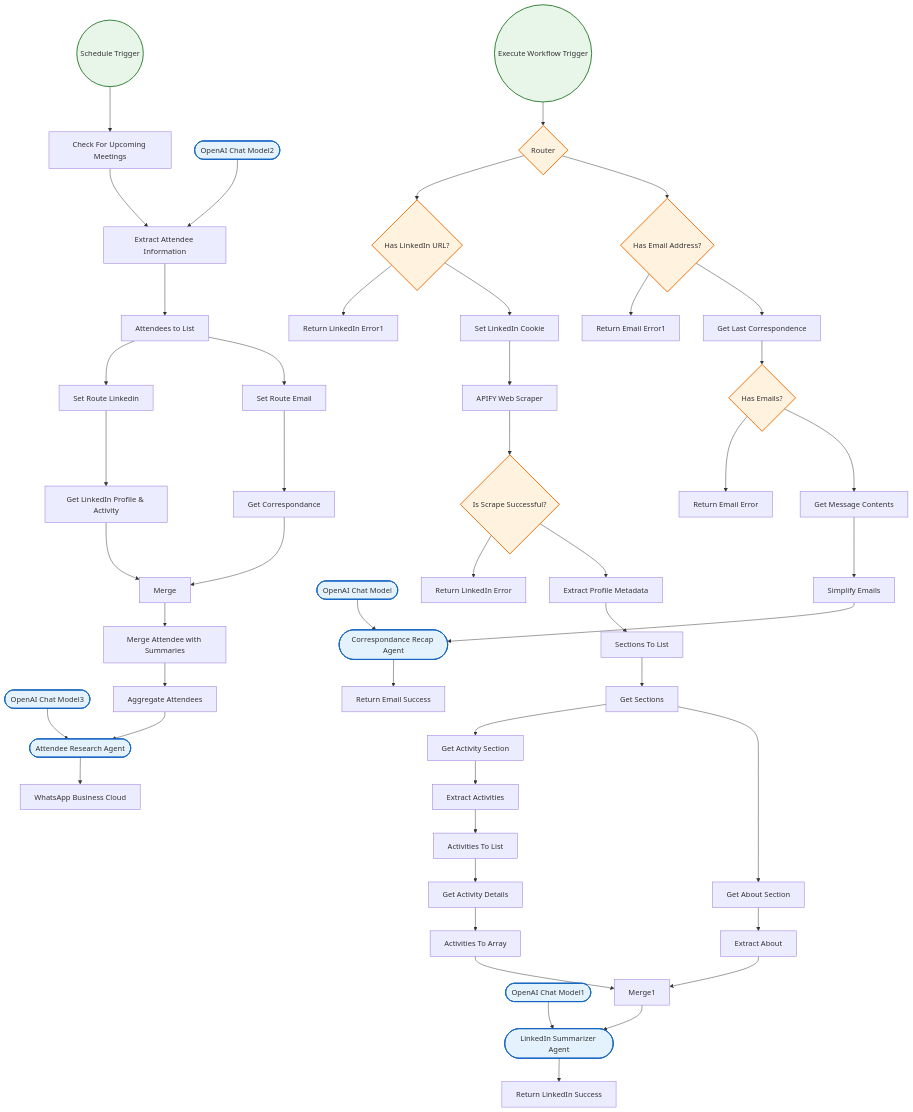
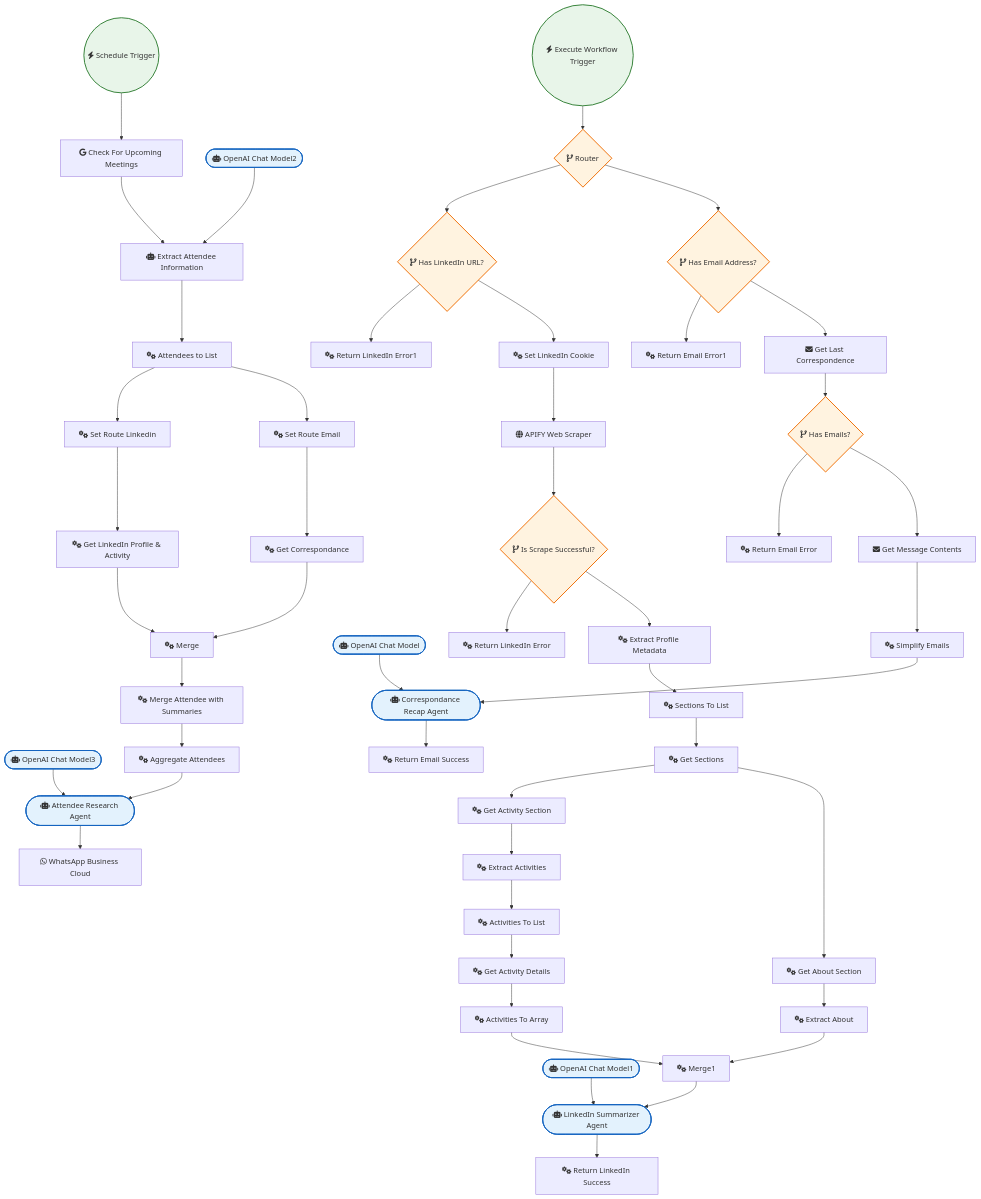
Before and after one commit to sreyash3105/N8N-DEMO-AUTOMATIONS: the diagram in WhatsApp/Automate Sales Meeting Prep with AI & APIFY Sent To WhatsApp.md, drawn with Mermaid. The commit also changed 291 other files, not shown here.

```diff
--- a/WhatsApp/Automate Sales Meeting Prep with AI & APIFY Sent To WhatsApp.md
+++ b/WhatsApp/Automate Sales Meeting Prep with AI & APIFY Sent To WhatsApp.md
@@ -4,53 +4,53 @@
     classDef ai fill:#e3f2fd,stroke:#1565c0,stroke-width:2px;
     classDef logic fill:#fff3e0,stroke:#ef6c00,stroke-width:2px;
 
-    Get_Message_Contents["Get Message Contents"]
-    Simplify_Emails["Simplify Emails"]
-    Check_For_Upcoming_Meetings["Check For Upcoming Meetings"]
-    OpenAI_Chat_Model2(["OpenAI Chat Model2"]):::ai
-    Extract_Attendee_Information["Extract Attendee Information"]
-    Execute_Workflow_Trigger(("Execute Workflow Trigger")):::trigger
-    OpenAI_Chat_Model(["OpenAI Chat Model"]):::ai
-    Get_Last_Correspondence["Get Last Correspondence"]
-    OpenAI_Chat_Model1(["OpenAI Chat Model1"]):::ai
-    OpenAI_Chat_Model3(["OpenAI Chat Model3"]):::ai
-    WhatsApp_Business_Cloud["WhatsApp Business Cloud"]
-    Schedule_Trigger(("Schedule Trigger")):::trigger
-    Return_LinkedIn_Success["Return LinkedIn Success"]
-    Return_LinkedIn_Error["Return LinkedIn Error"]
-    Return_Email_Error["Return Email Error"]
-    Return_Email_Success["Return Email Success"]
-    Set_Route_Email["Set Route Email"]
-    Set_Route_Linkedin["Set Route Linkedin"]
-    Router{"Router"}:::logic
-    Return_LinkedIn_Error1["Return LinkedIn Error1"]
-    Has_Emails_{"Has Emails?"}:::logic
-    Return_Email_Error1["Return Email Error1"]
-    Sections_To_List["Sections To List"]
-    Set_LinkedIn_Cookie["Set LinkedIn Cookie"]
-    Attendees_to_List["Attendees to List"]
-    Merge_Attendee_with_Summaries["Merge Attendee with Summaries"]
-    Has_Email_Address_{"Has Email Address?"}:::logic
-    Has_LinkedIn_URL_{"Has LinkedIn URL?"}:::logic
-    Get_Correspondance["Get Correspondance"]
-    Merge["Merge"]
-    Aggregate_Attendees["Aggregate Attendees"]
-    Activities_To_Array["Activities To Array"]
-    Extract_Profile_Metadata["Extract Profile Metadata"]
-    Activities_To_List["Activities To List"]
-    APIFY_Web_Scraper["APIFY Web Scraper"]
-    Get_Activity_Details["Get Activity Details"]
-    Get_Sections["Get Sections"]
-    Get_About_Section["Get About Section"]
-    Get_Activity_Section["Get Activity Section"]
-    Extract_Activities["Extract Activities"]
-    Merge1["Merge1"]
-    Is_Scrape_Successful_{"Is Scrape Successful?"}:::logic
-    Extract_About["Extract About"]
-    Get_LinkedIn_Profile___Activity["Get LinkedIn Profile & Activity"]
-    Correspondance_Recap_Agent(["Correspondance Recap Agent"]):::ai
-    Attendee_Research_Agent(["Attendee Research Agent"]):::ai
-    LinkedIn_Summarizer_Agent(["LinkedIn Summarizer Agent"]):::ai
+    Get_Message_Contents["fas:fa-envelope Get Message Contents"]
+    Simplify_Emails["fas:fa-cogs Simplify Emails"]
+    Check_For_Upcoming_Meetings["fab:fa-google Check For Upcoming Meetings"]
+    OpenAI_Chat_Model2(["fas:fa-robot OpenAI Chat Model2"]):::ai
+    Extract_Attendee_Information["fas:fa-robot Extract Attendee Information"]
+    Execute_Workflow_Trigger(("fas:fa-bolt Execute Workflow Trigger")):::trigger
+    OpenAI_Chat_Model(["fas:fa-robot OpenAI Chat Model"]):::ai
+    Get_Last_Correspondence["fas:fa-envelope Get Last Correspondence"]
+    OpenAI_Chat_Model1(["fas:fa-robot OpenAI Chat Model1"]):::ai
+    OpenAI_Chat_Model3(["fas:fa-robot OpenAI Chat Model3"]):::ai
+    WhatsApp_Business_Cloud["fab:fa-whatsapp WhatsApp Business Cloud"]
+    Schedule_Trigger(("fas:fa-bolt Schedule Trigger")):::trigger
+    Return_LinkedIn_Success["fas:fa-cogs Return LinkedIn Success"]
+    Return_LinkedIn_Error["fas:fa-cogs Return LinkedIn Error"]
+    Return_Email_Error["fas:fa-cogs Return Email Error"]
+    Return_Email_Success["fas:fa-cogs Return Email Success"]
+    Set_Route_Email["fas:fa-cogs Set Route Email"]
+    Set_Route_Linkedin["fas:fa-cogs Set Route Linkedin"]
+    Router{"fas:fa-code-branch Router"}:::logic
+    Return_LinkedIn_Error1["fas:fa-cogs Return LinkedIn Error1"]
+    Has_Emails_{"fas:fa-code-branch Has Emails?"}:::logic
+    Return_Email_Error1["fas:fa-cogs Return Email Error1"]
+    Sections_To_List["fas:fa-cogs Sections To List"]
+    Set_LinkedIn_Cookie["fas:fa-cogs Set LinkedIn Cookie"]
+    Attendees_to_List["fas:fa-cogs Attendees to List"]
+    Merge_Attendee_with_Summaries["fas:fa-cogs Merge Attendee with Summaries"]
+    Has_Email_Address_{"fas:fa-code-branch Has Email Address?"}:::logic
+    Has_LinkedIn_URL_{"fas:fa-code-branch Has LinkedIn URL?"}:::logic
+    Get_Correspondance["fas:fa-cogs Get Correspondance"]
+    Merge["fas:fa-cogs Merge"]
+    Aggregate_Attendees["fas:fa-cogs Aggregate Attendees"]
+    Activities_To_Array["fas:fa-cogs Activities To Array"]
+    Extract_Profile_Metadata["fas:fa-cogs Extract Profile Metadata"]
+    Activities_To_List["fas:fa-cogs Activities To List"]
+    APIFY_Web_Scraper["fas:fa-globe APIFY Web Scraper"]
+    Get_Activity_Details["fas:fa-cogs Get Activity Details"]
+    Get_Sections["fas:fa-cogs Get Sections"]
+    Get_About_Section["fas:fa-cogs Get About Section"]
+    Get_Activity_Section["fas:fa-cogs Get Activity Section"]
+    Extract_Activities["fas:fa-cogs Extract Activities"]
+    Merge1["fas:fa-cogs Merge1"]
+    Is_Scrape_Successful_{"fas:fa-code-branch Is Scrape Successful?"}:::logic
+    Extract_About["fas:fa-cogs Extract About"]
+    Get_LinkedIn_Profile___Activity["fas:fa-cogs Get LinkedIn Profile & Activity"]
+    Correspondance_Recap_Agent(["fas:fa-robot Correspondance Recap Agent"]):::ai
+    Attendee_Research_Agent(["fas:fa-robot Attendee Research Agent"]):::ai
+    LinkedIn_Summarizer_Agent(["fas:fa-robot LinkedIn Summarizer Agent"]):::ai
 
     Merge --> Merge_Attendee_with_Summaries
     Merge1 --> LinkedIn_Summarizer_Agent
```
